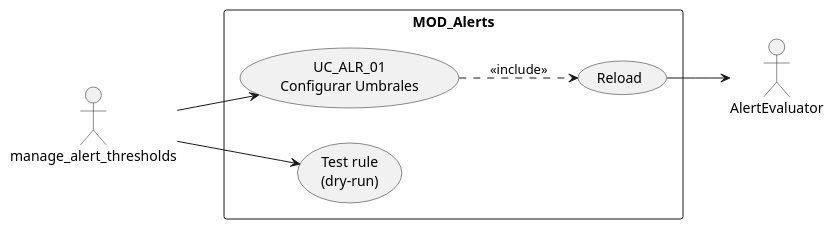
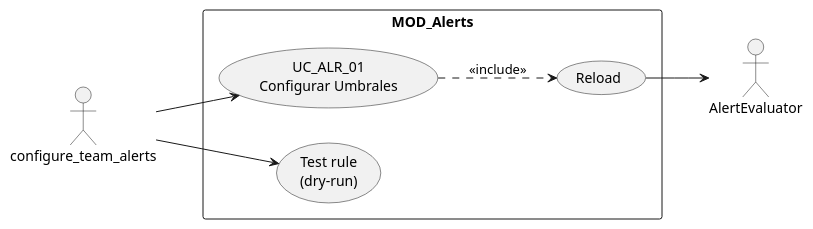
One commit to jcg-admin/IACT-docs changed the first of 4 diagrams in source/requisitos/casos-uso/alerts/uc-alr-01/diagramas-uml.rst. Above: the diagram before and after it, drawn with PlantUML. The commit also changed 157 other files, not shown here.

First line of the commit message:
Enforce catalog function names across all diagrams

```diff
--- a/source/requisitos/casos-uso/alerts/uc-alr-01/diagramas-uml.rst
+++ b/source/requisitos/casos-uso/alerts/uc-alr-01/diagramas-uml.rst
@@ -10,16 +10,16 @@
 .. uml::
 
  @startuml
  left to right direction
- actor "manage_alert_thresholds" as USR
+ actor "configure_team_alerts" as USR
  actor "AlertEvaluator" as AE
  rectangle "MOD_Alerts" {
    usecase "UC_ALR_01\nConfigurar Umbrales" as UC01
    usecase "Test rule\n(dry-run)" as DR
    usecase "Reload" as RL
  }
  USR --> UC01
  USR --> DR
  UC01 ..> RL : <<include>>
  RL --> AE
  @enduml
```
